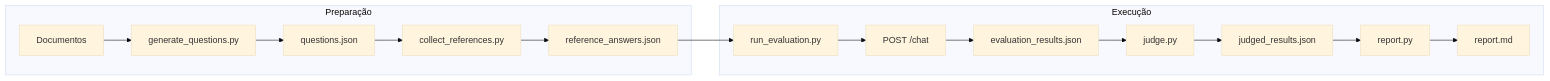
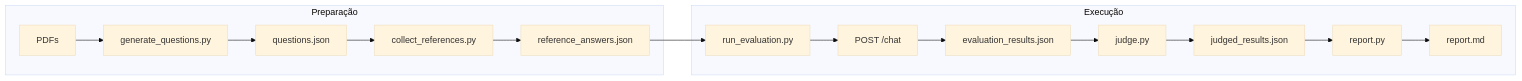
One commit to LukeSantossz/sb100_agents changed the sixth of 6 diagrams in ARCHITECTURE.md. Above: the diagram before and after it, drawn with Mermaid (base theme). The commit also changed other lines of this file and 10 other files, not shown here.

Commit message:
docs(arch): update ARCHITECTURE.md to reflect current implementation and remove completed task files

````diff
--- a/ARCHITECTURE.md
+++ b/ARCHITECTURE.md
@@ -310,19 +484,19 @@
 ```mermaid
 flowchart LR
     subgraph PREP["Preparação"]
-        PDF["Documentos"] --> GEN["generate_questions.py"]
-        GEN --> QUESTIONS["questions.json"]
-        QUESTIONS --> COLLECT["collect_references.py"]
-        COLLECT --> REFS["reference_answers.json"]
+        PDF["PDFs"] --> GEN["generate_questions.py"]
+        GEN --> Q["questions.json"]
+        Q --> COL["collect_references.py"]
+        COL --> REF["reference_answers.json"]
     end
 
     subgraph EXEC["Execução"]
-        REFS --> RUN["run_evaluation.py"]
+        REF --> RUN["run_evaluation.py"]
         RUN --> API["POST /chat"]
-        API --> RESULTS["evaluation_results.json"]
-        RESULTS --> JUDGE["judge.py"]
-        JUDGE --> JUDGED["judged_results.json"]
-        JUDGED --> REPORT["report.py"]
-        REPORT --> MD["report.md"]
+        API --> RES["evaluation_results.json"]
+        RES --> JUDGE["judge.py"]
+        JUDGE --> JUD["judged_results.json"]
+        JUD --> REP["report.py"]
+        REP --> MD["report.md"]
     end
 ```
````
